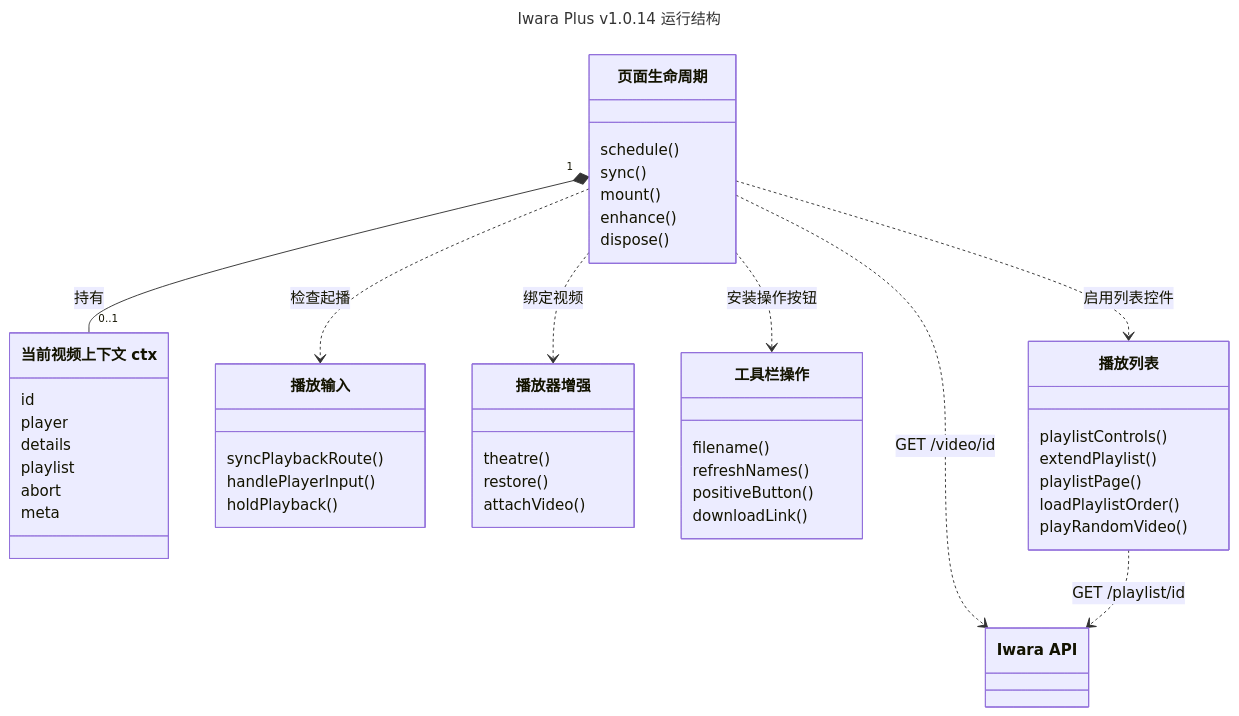
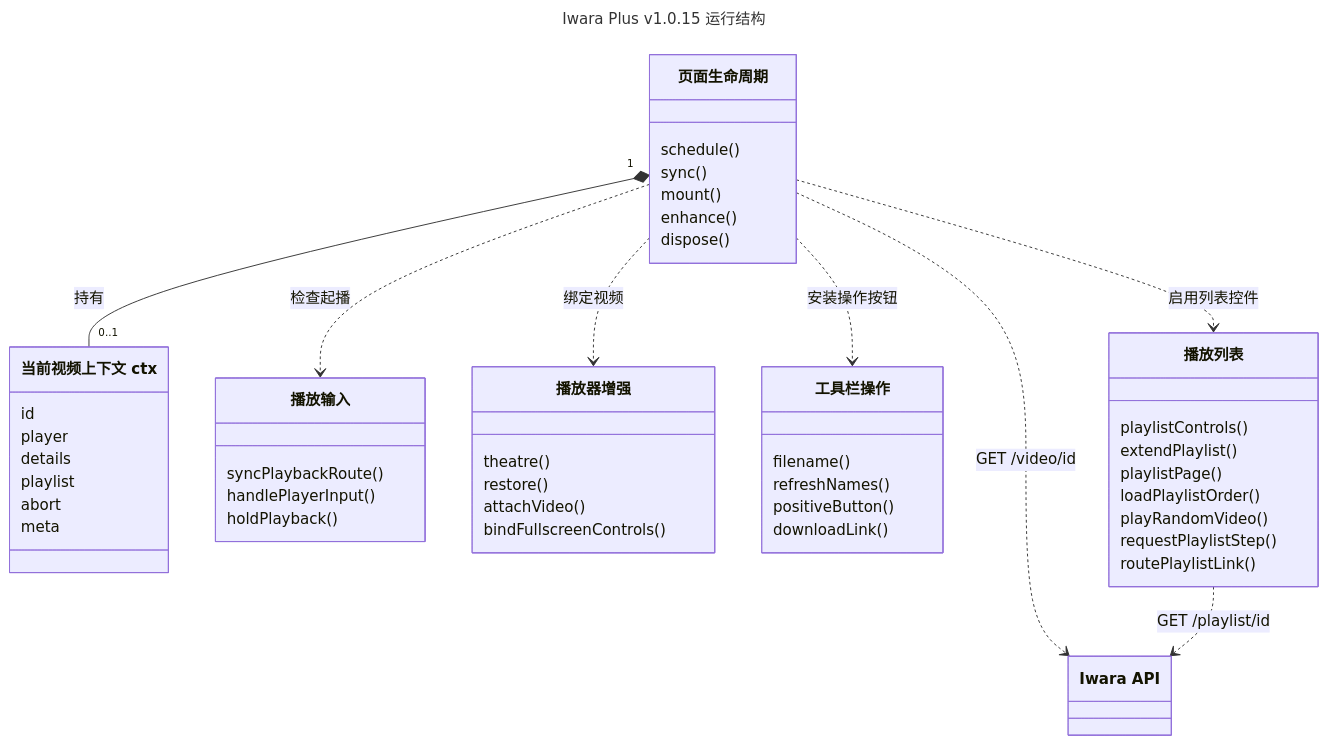
Before and after one commit to lhYanghc/iwara-plus: the first of 6 diagrams in docs/architecture.zh-CN.md, drawn with Mermaid. The commit also changed other lines of this file and 7 other files, not shown here.

Commit message:
Release 1.0.15 with fullscreen controls and playlist navigation fixes

````diff
--- a/docs/architecture.zh-CN.md
+++ b/docs/architecture.zh-CN.md
@@ -9,53 +9,56 @@
 ```mermaid
 ---
-title: Iwara Plus v1.0.14 运行结构
+title: Iwara Plus v1.0.15 运行结构
 ---
 classDiagram
     direction TB
     class Lifecycle["页面生命周期"] {
         schedule()
         sync()
         mount()
         enhance()
         dispose()
     }
     class Context["当前视频上下文 ctx"] {
         id
         player
         details
         playlist
         abort
         meta
     }
     class Playback["播放输入"] {
         syncPlaybackRoute()
         handlePlayerInput()
         holdPlayback()
     }
     class Player["播放器增强"] {
         theatre()
         restore()
         attachVideo()
+        bindFullscreenControls()
     }
     class Toolbar["工具栏操作"] {
         filename()
         refreshNames()
         positiveButton()
         downloadLink()
     }
     class Queue["播放列表"] {
         playlistControls()
         extendPlaylist()
         playlistPage()
         loadPlaylistOrder()
         playRandomVideo()
+        requestPlaylistStep()
+        routePlaylistLink()
     }
     class API["Iwara API"]
     Lifecycle "1" *-- "0..1" Context : 持有
     Lifecycle ..> Playback : 检查起播
     Lifecycle ..> Player : 绑定视频
     Lifecycle ..> Toolbar : 安装操作按钮
     Lifecycle ..> Queue : 启用列表控件
     Lifecycle ..> API : GET /video/id
     Queue ..> API : GET /playlist/id
 ```
````
